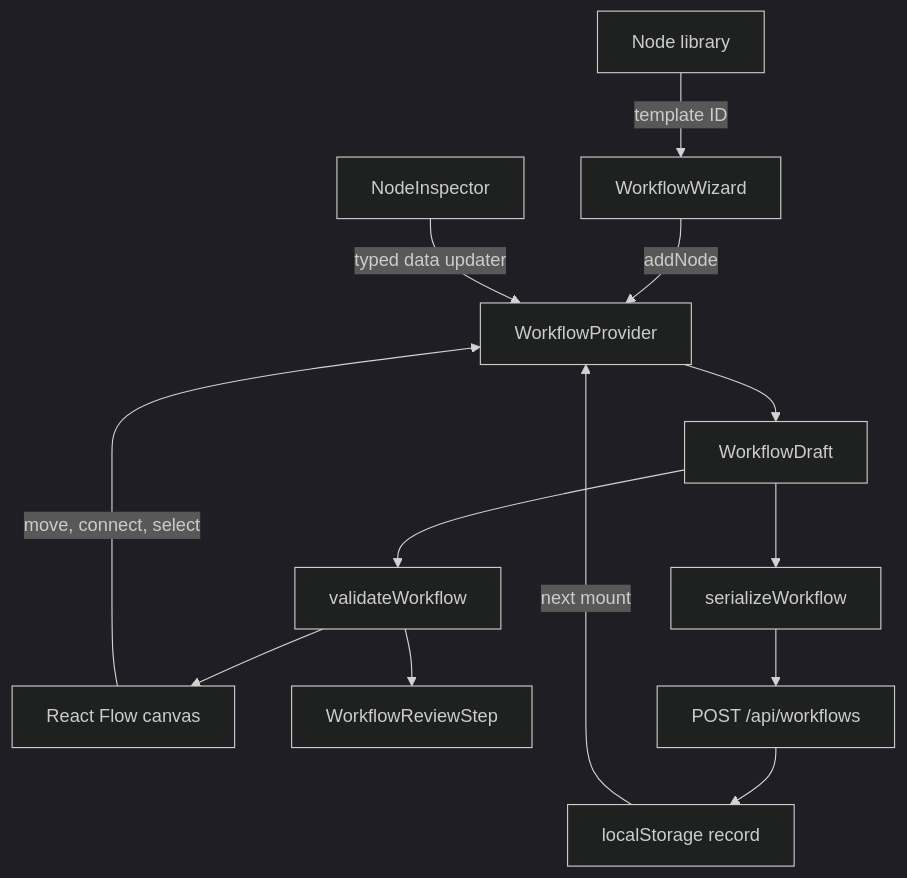
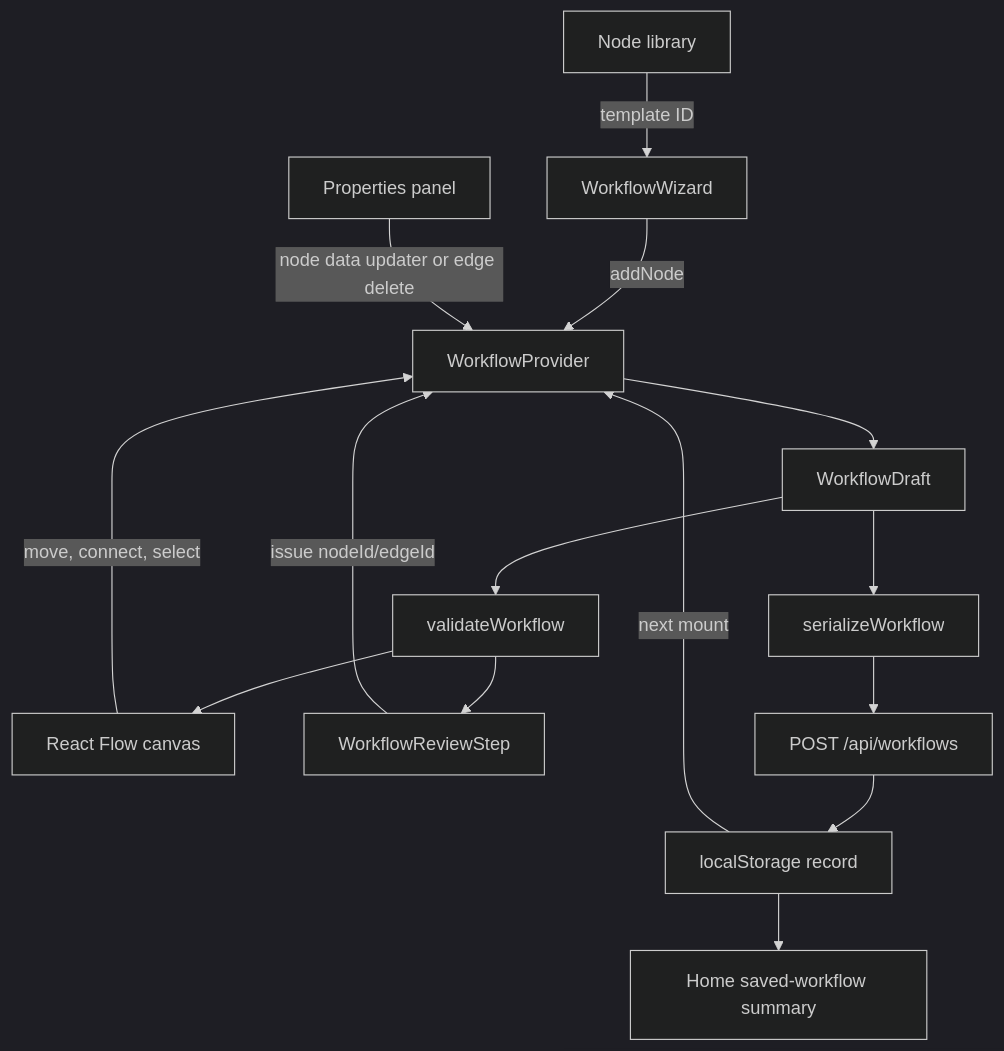
The diagram in docs/03-frontend-state-and-data-flow.md (alezemelo/Baited), drawn with Mermaid (dark theme) before and after one commit. The commit also changed other lines of this file and 38 other files, not shown here.

First line of the commit message:
feat: enhance workflow properties panel with edge selection and deletion functionality

````diff
--- a/docs/03-frontend-state-and-data-flow.md
+++ b/docs/03-frontend-state-and-data-flow.md
@@ -21,15 +25,17 @@
 ```mermaid
 flowchart TD
   Library["Node library"] -->|template ID| Wizard["WorkflowWizard"]
   Wizard -->|addNode| Provider["WorkflowProvider"]
   Canvas["React Flow canvas"] -->|move, connect, select| Provider
-  Inspector["NodeInspector"] -->|typed data updater| Provider
+  Inspector["Properties panel"] -->|node data updater or edge delete| Provider
   Provider --> Draft["WorkflowDraft"]
   Draft --> Validator["validateWorkflow"]
   Validator --> Canvas
   Validator --> Review["WorkflowReviewStep"]
+  Review -->|issue nodeId/edgeId| Provider
   Draft --> Serializer["serializeWorkflow"]
   Serializer --> API["POST /api/workflows"]
   API --> Local["localStorage record"]
   Local -->|next mount| Provider
+  Local --> Home["Home saved-workflow summary"]
 ```
````
